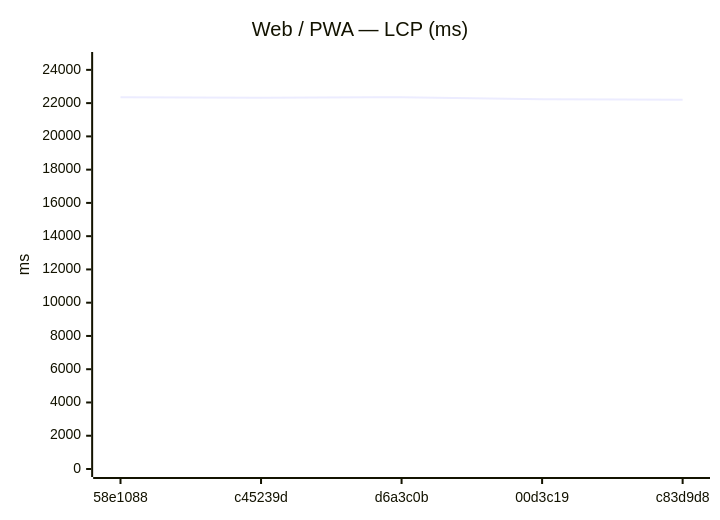
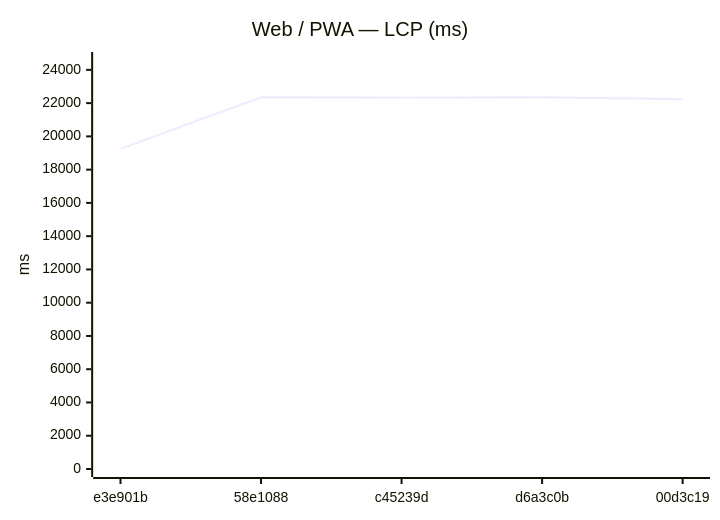
One commit to Metaheurist/Rianell changed the seventh of 18 diagrams in benchmarks/compare.md. Above: the diagram before and after it, drawn with Mermaid. The commit also changed other lines of this file and 11 other files, not shown here.

````diff
--- a/benchmarks/compare.md
+++ b/benchmarks/compare.md
@@ -117,7 +117,7 @@
 ```mermaid
 xychart-beta
     title "Web / PWA — LCP (ms)"
-    x-axis ["58e1088", "c45239d", "d6a3c0b", "00d3c19", "c83d9d8"]
+    x-axis ["e3e901b", "58e1088", "c45239d", "d6a3c0b", "00d3c19"]
     y-axis "ms" 0 --> 24593
-    line [22351, 22326, 22357, 22240, 22209]
+    line [19248, 22351, 22326, 22357, 22240]
 ```
````
